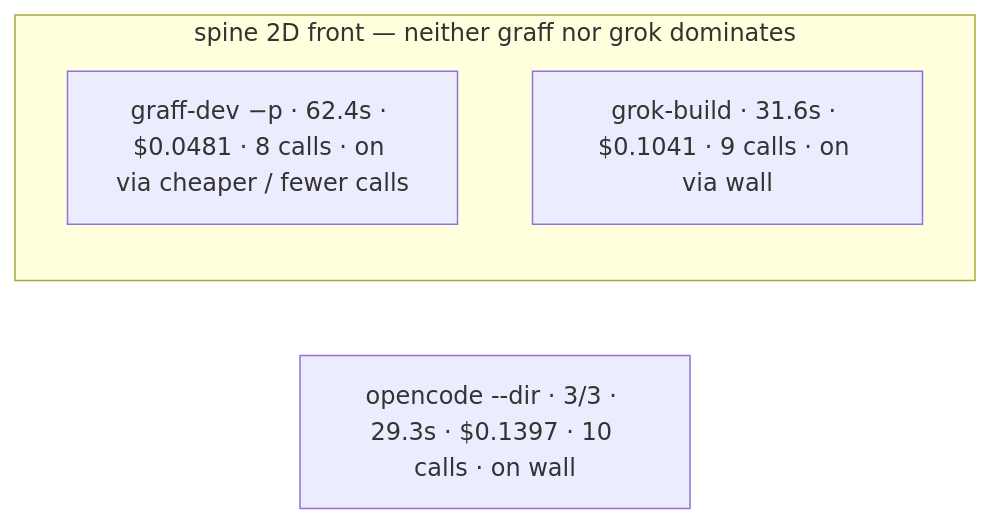
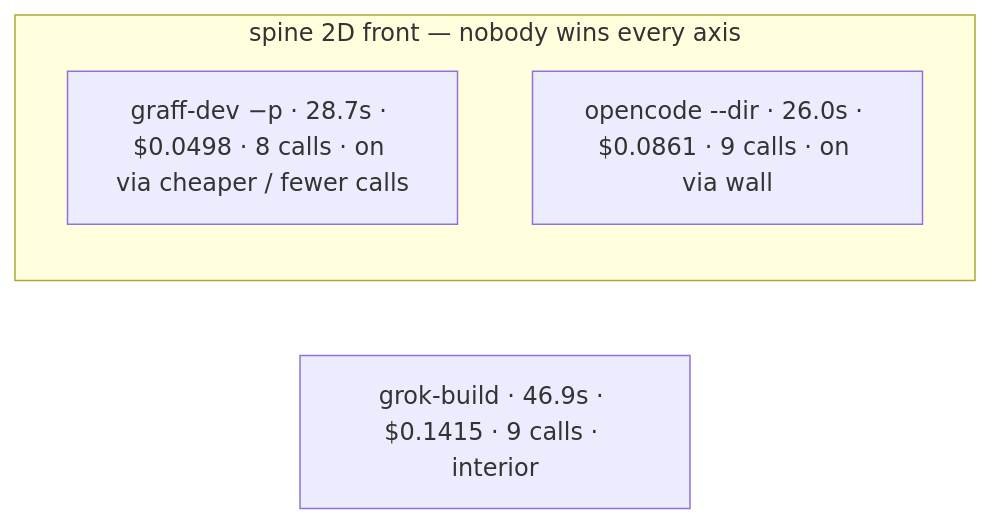
The first of 2 diagrams in graff-evals/hillclimb/baseline.md (justrach/codegraff), drawn with Mermaid before and after one commit. The commit also changed other lines of this file and 2 other files, not shown here.

First line of the commit message:
docs(evals): fair same-session grok-4.6 A/B after hardlink pin

````diff
--- a/graff-evals/hillclimb/baseline.md
+++ b/graff-evals/hillclimb/baseline.md
@@ -53,8 +66,8 @@
 ```mermaid
 flowchart LR
-  subgraph front["spine 2D front — neither graff nor grok dominates"]
-    P["graff-dev −p · 62.4s · $0.0481 · 8 calls · on via cheaper / fewer calls"]
-    G["grok-build · 31.6s · $0.1041 · 9 calls · on via wall"]
+  subgraph front["spine 2D front — nobody wins every axis"]
+    P["graff-dev −p · 28.7s · $0.0498 · 8 calls · on via cheaper / fewer calls"]
+    O["opencode --dir · 26.0s · $0.0861 · 9 calls · on via wall"]
   end
-  O["opencode --dir · 3/3 · 29.3s · $0.1397 · 10 calls · on wall"]
+  G["grok-build · 46.9s · $0.1415 · 9 calls · interior"]
 ```
````
